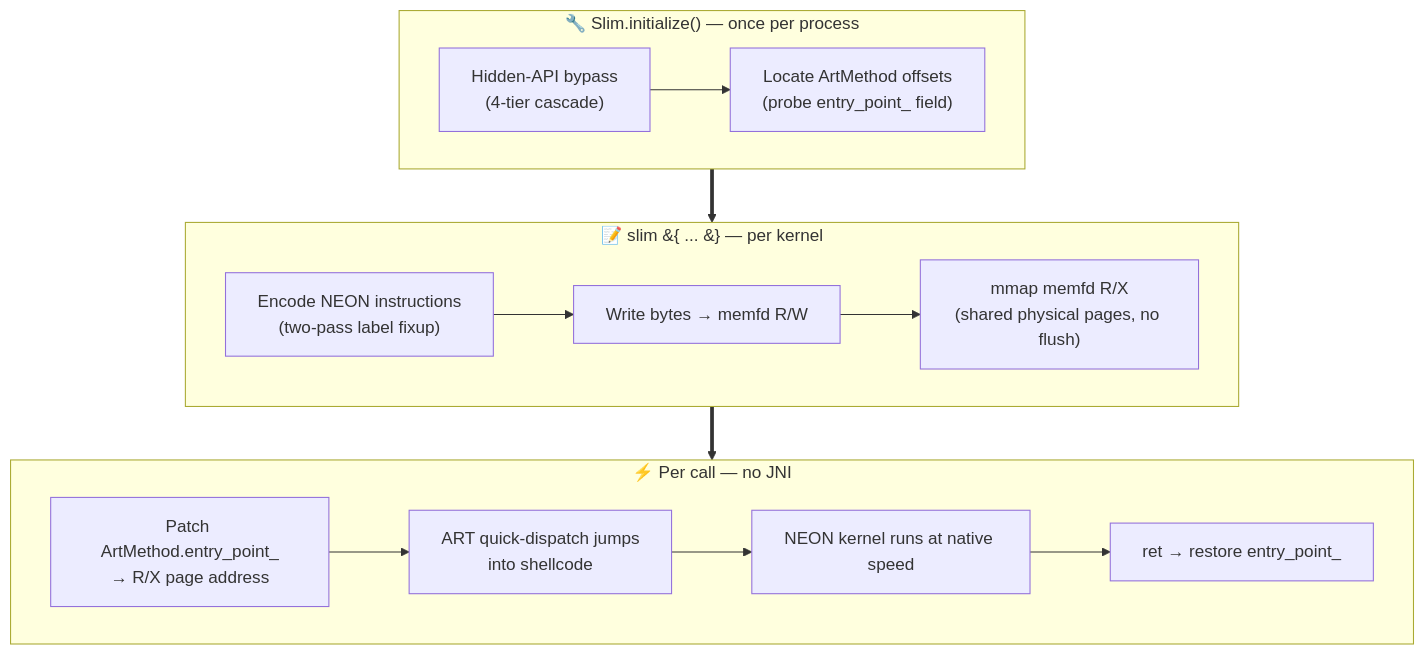
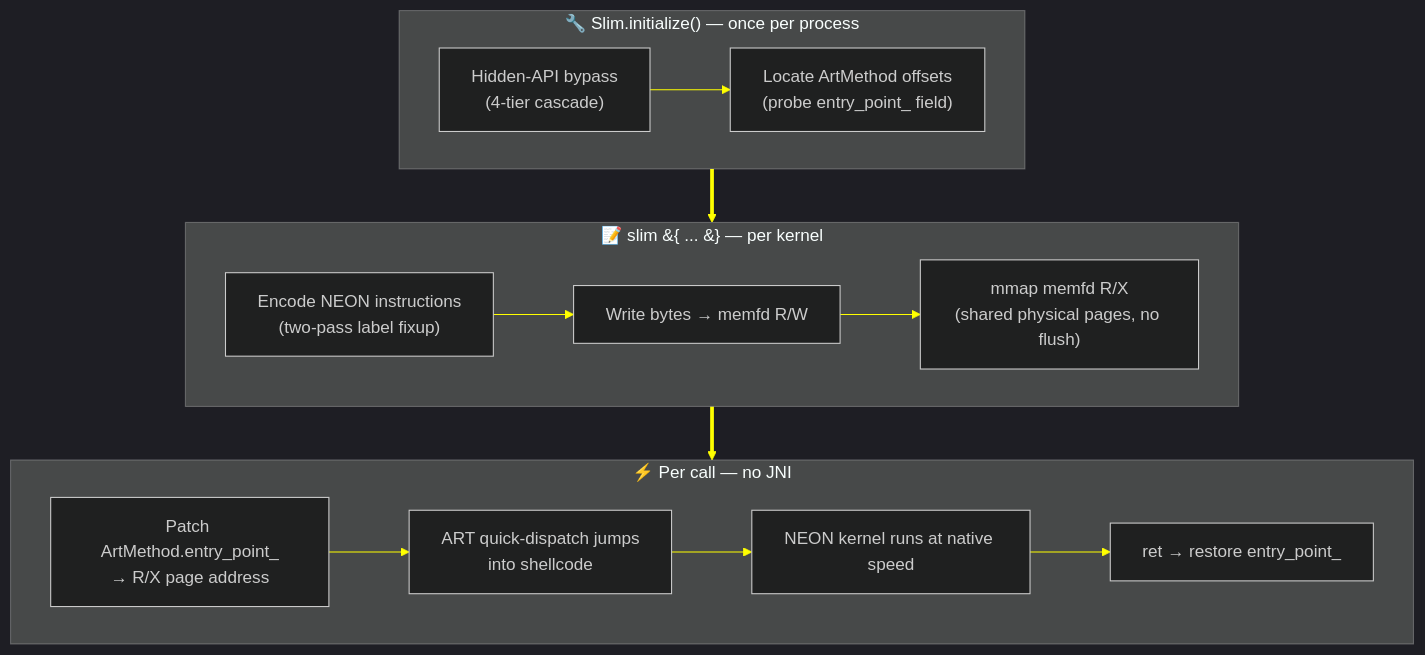
One commit to iamjosephmj/Slim changed the first of 3 diagrams in README.md. Above: the diagram before and after it, drawn with Mermaid. The commit also changed other lines of this file, not shown here.

````diff
--- a/README.md
+++ b/README.md
@@ -447,26 +437,27 @@
 ```mermaid
+%%{init: {'theme':'dark', 'themeVariables': { 'primaryColor':'#1A0033', 'primaryTextColor':'#00FFFF', 'primaryBorderColor':'#FF00FF', 'lineColor':'#FFFF00', 'secondaryColor':'#330066', 'tertiaryColor':'#000000' }}}%%
 flowchart TB
     subgraph Setup["🔧 Slim.initialize() — once per process"]
         H1["Hidden-API bypass<br/>(4-tier cascade)"]
         H2["Locate ArtMethod offsets<br/>(probe entry_point_ field)"]
         H1 --> H2
     end
 
     subgraph Encode["📝 slim &#123; ... &#125; — per kernel"]
         E1["Encode NEON instructions<br/>(two-pass label fixup)"]
         E2["Write bytes → memfd R/W"]
         E3["mmap memfd R/X<br/>(shared physical pages, no flush)"]
         E1 --> E2 --> E3
     end
 
     subgraph Dispatch["⚡ Per call — no JNI"]
         D1["Patch ArtMethod.entry_point_<br/>→ R/X page address"]
         D2["ART quick-dispatch jumps<br/>into shellcode"]
         D3["NEON kernel runs at native speed"]
         D4["ret → restore entry_point_"]
         D1 --> D2 --> D3 --> D4
     end
 
     Setup ==> Encode
     Encode ==> Dispatch
 ```
````
